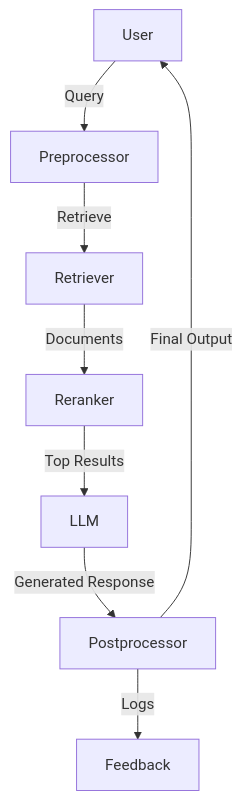
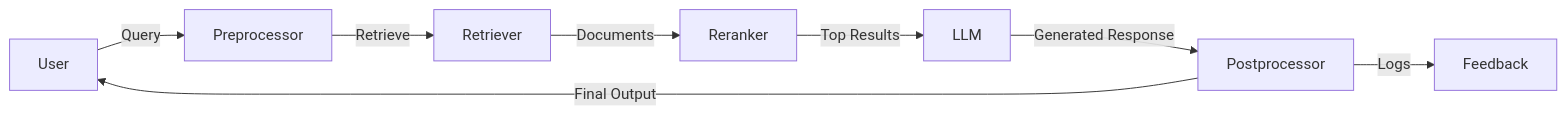
One commit to sureshm-hub/system-design-field-guide changed the diagram in real-world-lessons/ml-ai/RAG.md. Above: the diagram before and after it, drawn with Mermaid.

Commit message:
RAG - ml ai

````diff
--- a/real-world-lessons/ml-ai/RAG.md
+++ b/real-world-lessons/ml-ai/RAG.md
@@ -63,10 +63,10 @@
 ```mermaid
-graph TD;
+graph LR;
     User -->|Query| Preprocessor;
     Preprocessor -->|Retrieve| Retriever;
     Retriever -->|Documents| Reranker;
     Reranker -->|Top Results| LLM;
     LLM -->|Generated Response| Postprocessor;
     Postprocessor -->|Final Output| User;
     Postprocessor -->|Logs| Feedback;
 ```
````
